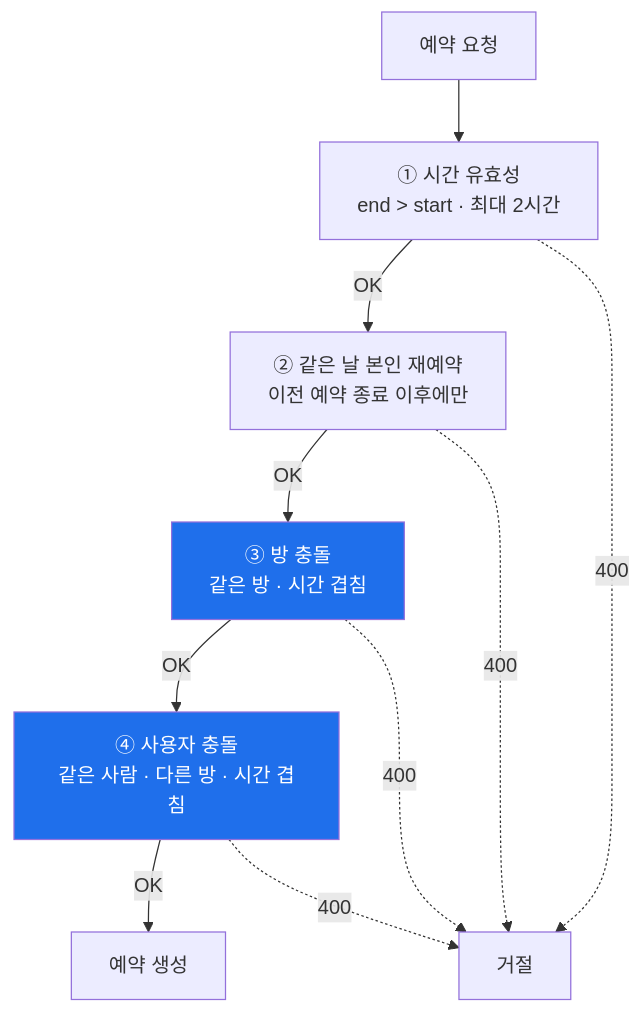
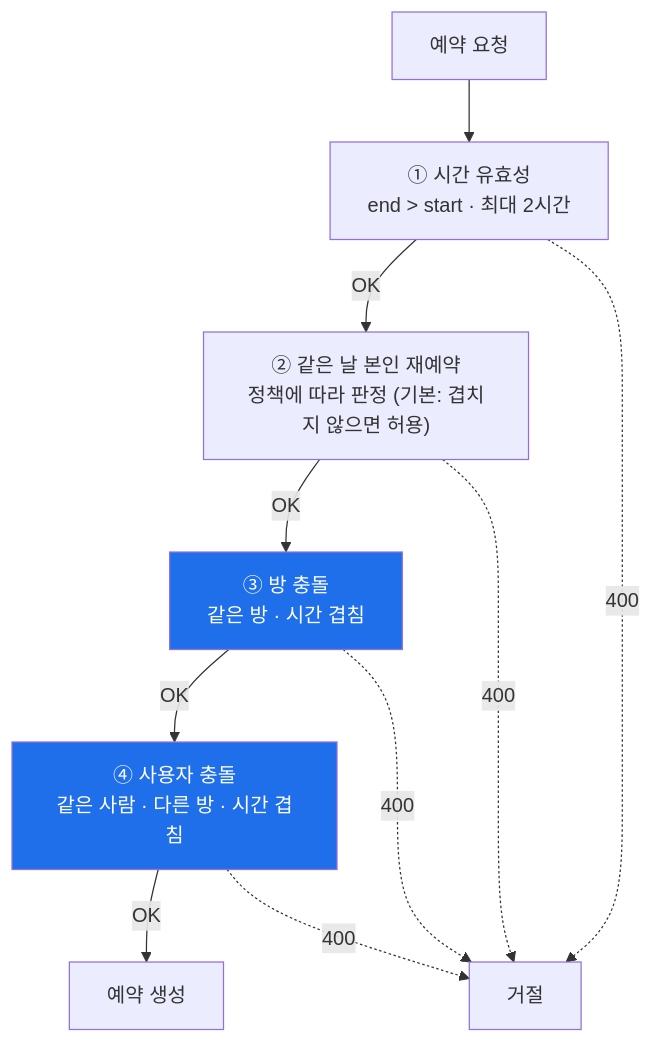
Before and after one commit to bell-ha/musicstudio-booking-system: the diagram in README.md, drawn with Mermaid.

Commit message:
흐름도의 같은 날 재예약 규칙을 정책 3종과 맞춤
policy.py 의 기본값은 NO_OVERLAP(겹치지 않으면 순서 무관)인데
2장 흐름도만 SEQUENTIAL 기준으로 남아 있었다. README 후반부와
관리자 화면 스크린샷은 이미 3종을 정확히 설명하고 있다.

````diff
--- a/README.md
+++ b/README.md
@@ -67,16 +67,16 @@
 ```mermaid
 flowchart TB
     IN["예약 요청"] --> V1
     V1["① 시간 유효성<br/>end &gt; start · 최대 2시간"] -->|OK| V2
-    V2["② 같은 날 본인 재예약<br/>이전 예약 종료 이후에만"] -->|OK| V3
+    V2["② 같은 날 본인 재예약<br/>정책에 따라 판정 (기본: 겹치지 않으면 허용)"] -->|OK| V3
     V3["③ 방 충돌<br/>같은 방 · 시간 겹침"] -->|OK| V4
     V4["④ 사용자 충돌<br/>같은 사람 · 다른 방 · 시간 겹침"] -->|OK| OK["예약 생성"]
 
     V1 -.->|400| X["거절"]
     V2 -.->|400| X
     V3 -.->|400| X
     V4 -.->|400| X
 
     style V3 fill:#1f6feb,color:#fff
     style V4 fill:#1f6feb,color:#fff
 ```
````
